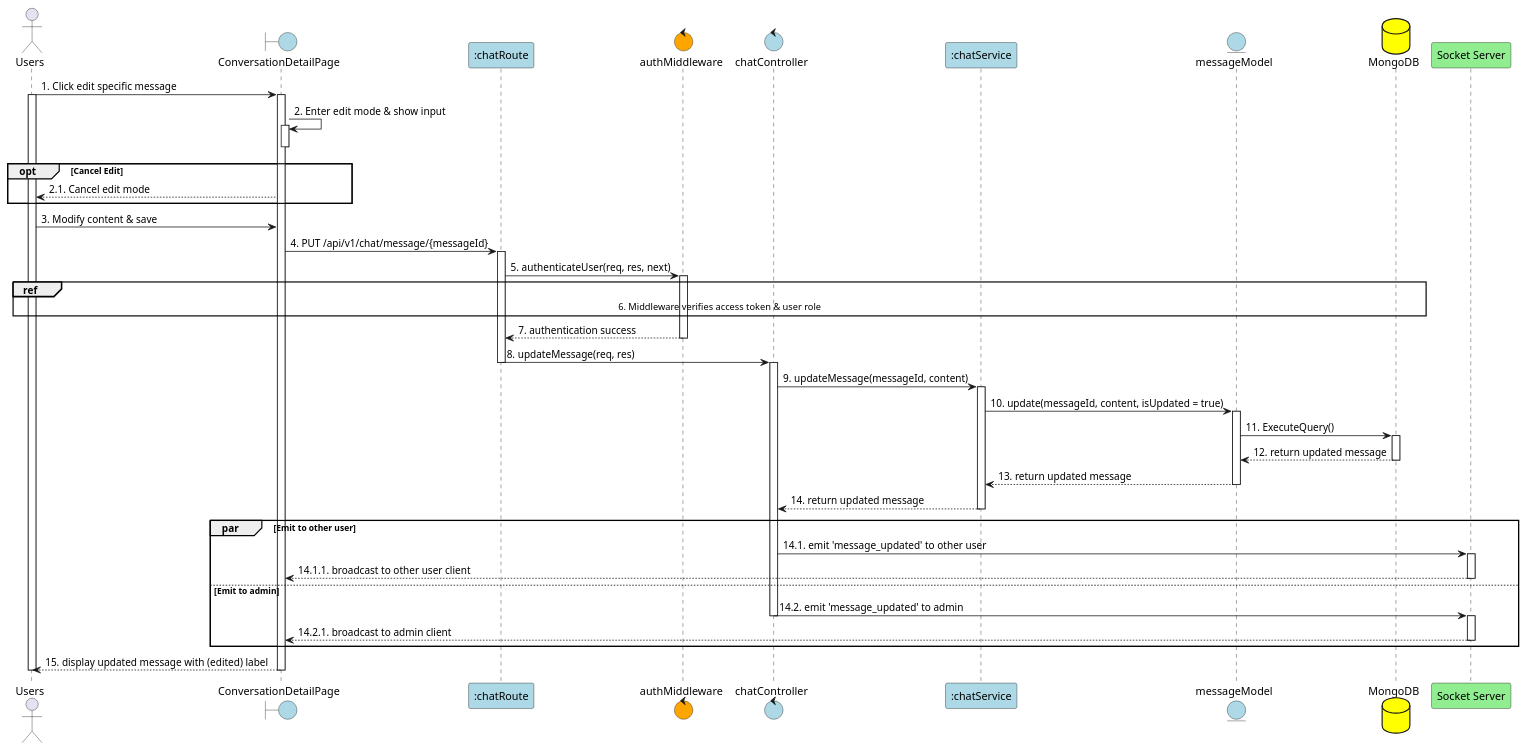
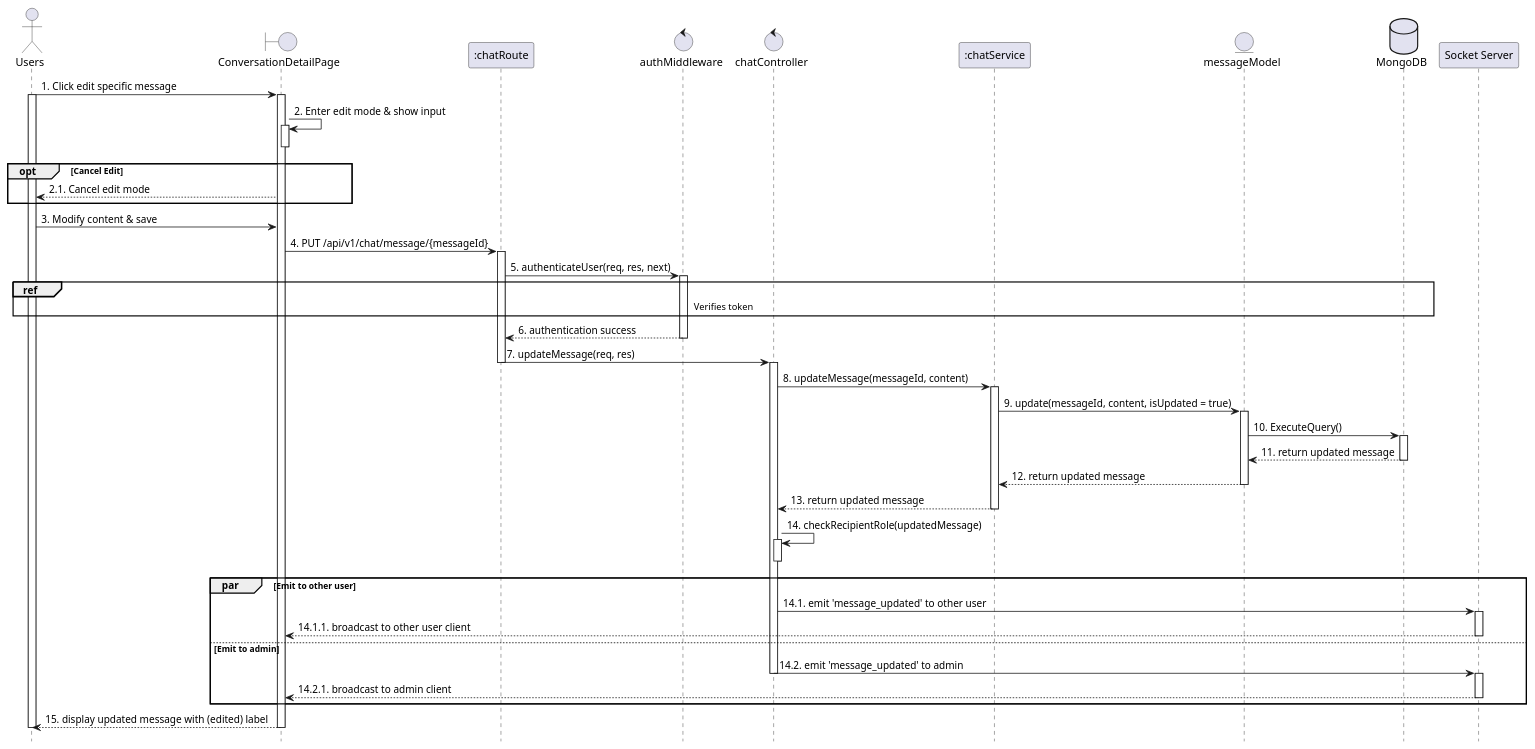
Before and after one commit to VietDurian/VietDurian: the diagram in planuml/web/21.4_updateMessage.puml, drawn with PlantUML. The commit also changed 22 other files, not shown here.

Commit message:
update sequence + be: fix type-product-pagination

```diff
--- a/planuml/web/21.4_updateMessage.puml
+++ b/planuml/web/21.4_updateMessage.puml
@@ -1,76 +1,81 @@
 @startuml UpdateMessage
 
 actor User as "Users"
-boundary "ConversationDetailPage" as View #lightblue
-participant ":chatRoute" as Route #lightblue
-control "authMiddleware" as Auth #Orange
-control "chatController" as Controller #lightblue
-participant ":chatService" as Service #lightblue
-entity "messageModel" as Model #lightblue
-database "MongoDB" as MongoDB #yellow
-participant "Socket Server" as Socket #lightgreen
+boundary "ConversationDetailPage" as View 
+participant ":chatRoute" as Route 
+control "authMiddleware" as Auth 
+control "chatController" as Controller 
+participant ":chatService" as Service 
+entity "messageModel" as Model 
+database "MongoDB" as MongoDB 
+participant "Socket Server" as Socket 
+hide footbox
 
     User -> View: 1. Click edit specific message
     activate User
     activate View
 
     View -> View: 2. Enter edit mode & show input
     activate View
     deactivate View
 
     opt Cancel Edit
         View --> User: 2.1. Cancel edit mode
     end
 
     User -> View: 3. Modify content & save
 
     View -> Route: 4. PUT /api/v1/chat/message/{messageId}
     activate Route
 
     Route -> Auth: 5. authenticateUser(req, res, next)
     activate Auth
     
-    ref over User, View, Route, Auth, Controller, Service, Model, MongoDB : 6. Middleware verifies access token & user role
+    ref over User, MongoDB : Verifies token
 
-    Auth --> Route: 7. authentication success
+    Auth --> Route: 6. authentication success
     deactivate Auth
 
-    Route -> Controller: 8. updateMessage(req, res)
+    Route -> Controller: 7. updateMessage(req, res)
     deactivate Route
     activate Controller
 
-    Controller -> Service: 9. updateMessage(messageId, content)
+    Controller -> Service: 8. updateMessage(messageId, content)
     activate Service
 
-    Service -> Model: 10. update(messageId, content, isUpdated = true)
+    Service -> Model: 9. update(messageId, content, isUpdated = true)
     activate Model
 
-    Model -> MongoDB: 11. ExecuteQuery()
+    Model -> MongoDB: 10. ExecuteQuery()
     activate MongoDB
-    MongoDB --> Model: 12. return updated message
+    MongoDB --> Model: 11. return updated message
     deactivate MongoDB
 
-    Model --> Service: 13. return updated message
+    Model --> Service: 12. return updated message
     deactivate Model
 
-    Service --> Controller: 14. return updated message
+    Service --> Controller: 13. return updated message
     deactivate Service
+
+    Controller -> Controller :14. checkRecipientRole(updatedMessage)
+    activate Controller
+    deactivate Controller
 
     par Emit to other user
         Controller -> Socket: 14.1. emit 'message_updated' to other user
         activate Socket
         Socket --> View: 14.1.1. broadcast to other user client
         deactivate Socket
     else Emit to admin
         Controller -> Socket: 14.2. emit 'message_updated' to admin
         deactivate Controller
         activate Socket
         Socket --> View: 14.2.1. broadcast to admin client
         deactivate Socket
     end
 
     View --> User: 15. display updated message with (edited) label
     deactivate View
     deactivate User
 
 @enduml
```
